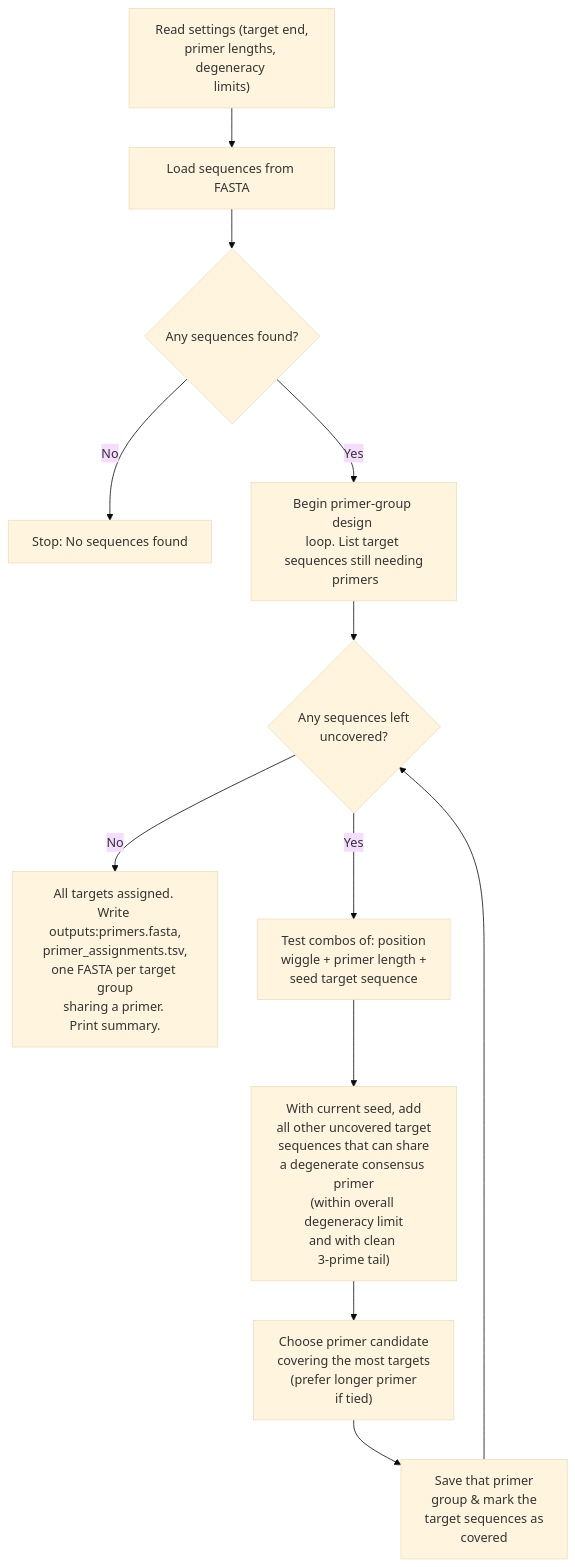
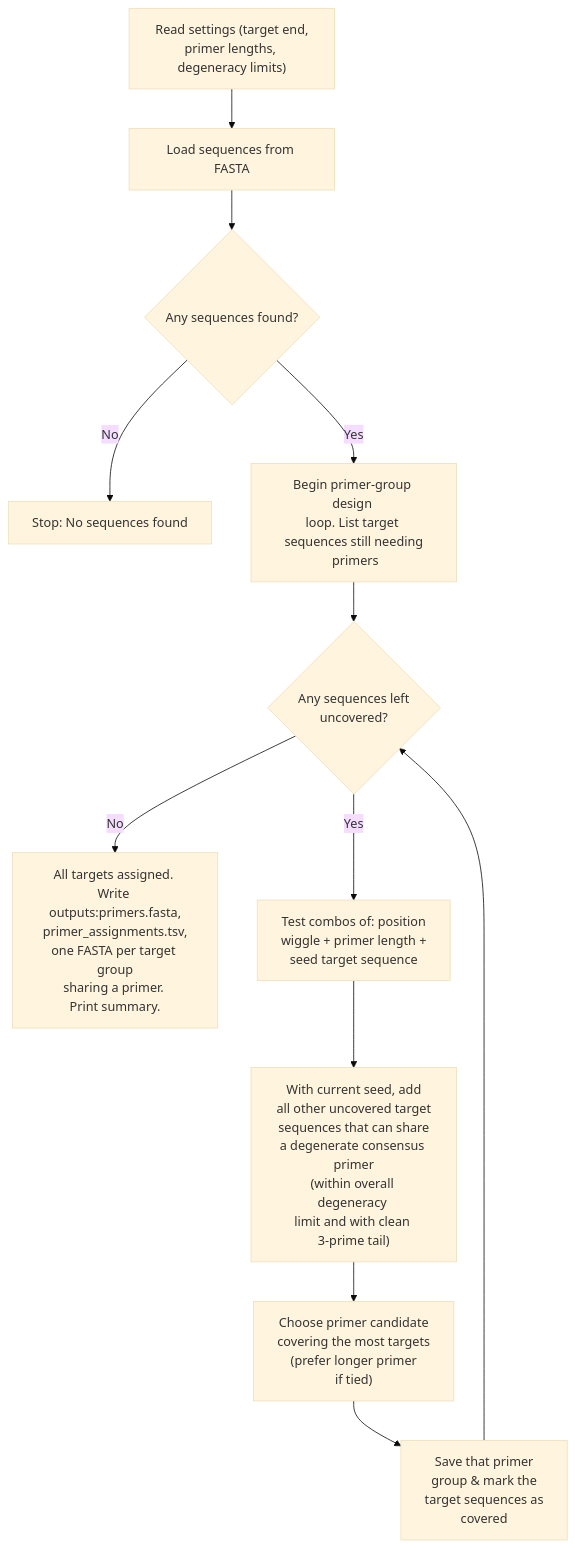
Before and after one commit to LukeHebert/bcrseq_primers: the diagram in README.md, drawn with Mermaid (base theme).

Commit message:
FINAL readme change today I swear

````diff
--- a/README.md
+++ b/README.md
@@ -43,14 +43,14 @@
 ```mermaid
 graph TD
-A["Read settings (target end,<br>primer lengths, degeneracy <br>limits)"] --> B["Load sequences from FASTA"]
+A["Read settings (target end,<br>primer lengths, degeneracy limits)"] --> B["Load sequences from FASTA"]
 B --> C{"Any sequences found?"}
 C -- "No" --> D["Stop: No sequences found"]
 C -- "Yes" --> E["Begin primer-group design <br>loop. List target <br>sequences still needing<br> primers"]
 E --> F{"Any sequences left <br>uncovered?"}
 F -- "No" --> G["All targets assigned. <br>Write outputs:primers.fasta,<br> primer_assignments.tsv, <br>one FASTA per target group<br>sharing a primer. <br>Print summary."]
 F -- "Yes" --> H["Test combos of: position<br>wiggle + primer length +<br>seed target sequence"]
-H --> I["With current seed, add<br>all other uncovered target<br>sequences that can share<br>a degenerate consensus primer<br>(within overall degeneracy limit<br>and with clean <br>3-prime tail)"]
+H --> I["With current seed, add<br>all other uncovered target<br>sequences that can share<br>a degenerate consensus primer<br>(within overall degeneracy <br>limit and with clean <br>3-prime tail)"]
 I --> J["Choose primer candidate <br>covering the most targets<br> (prefer longer primer <br>if tied)"]
 J --> K["Save that primer <br>group & mark the <br> target sequences as<br> covered"]
 K --> F
 ```
````
